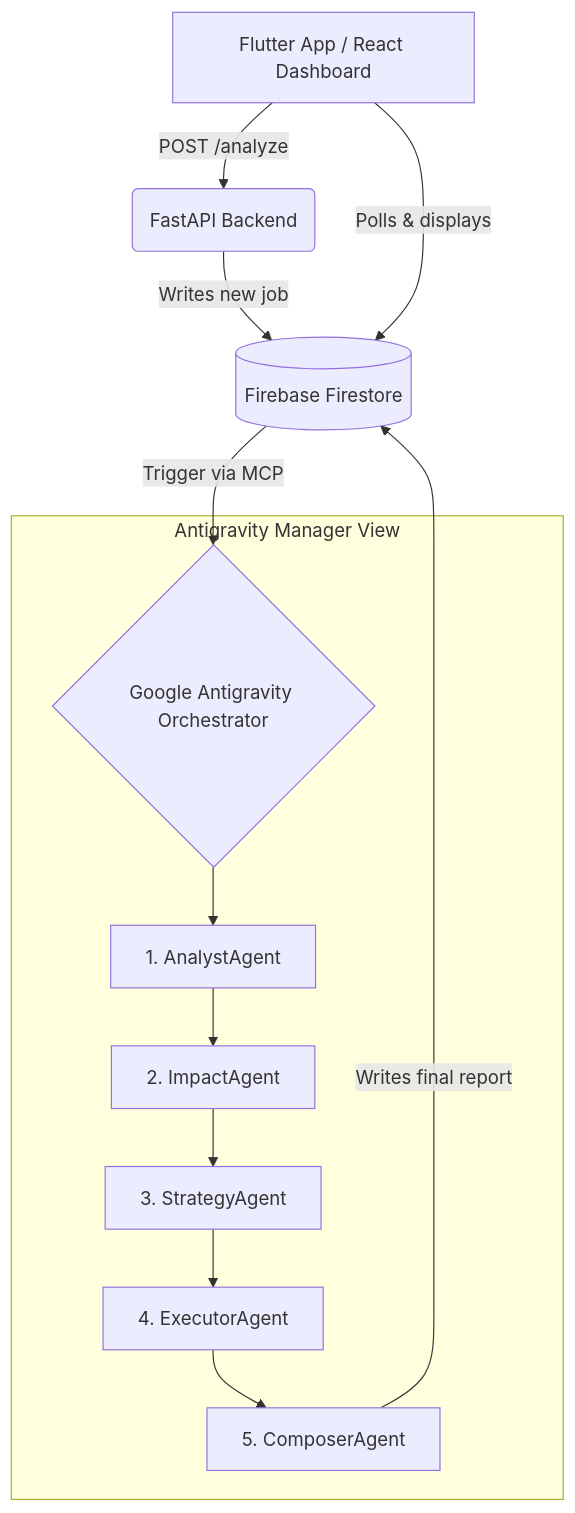
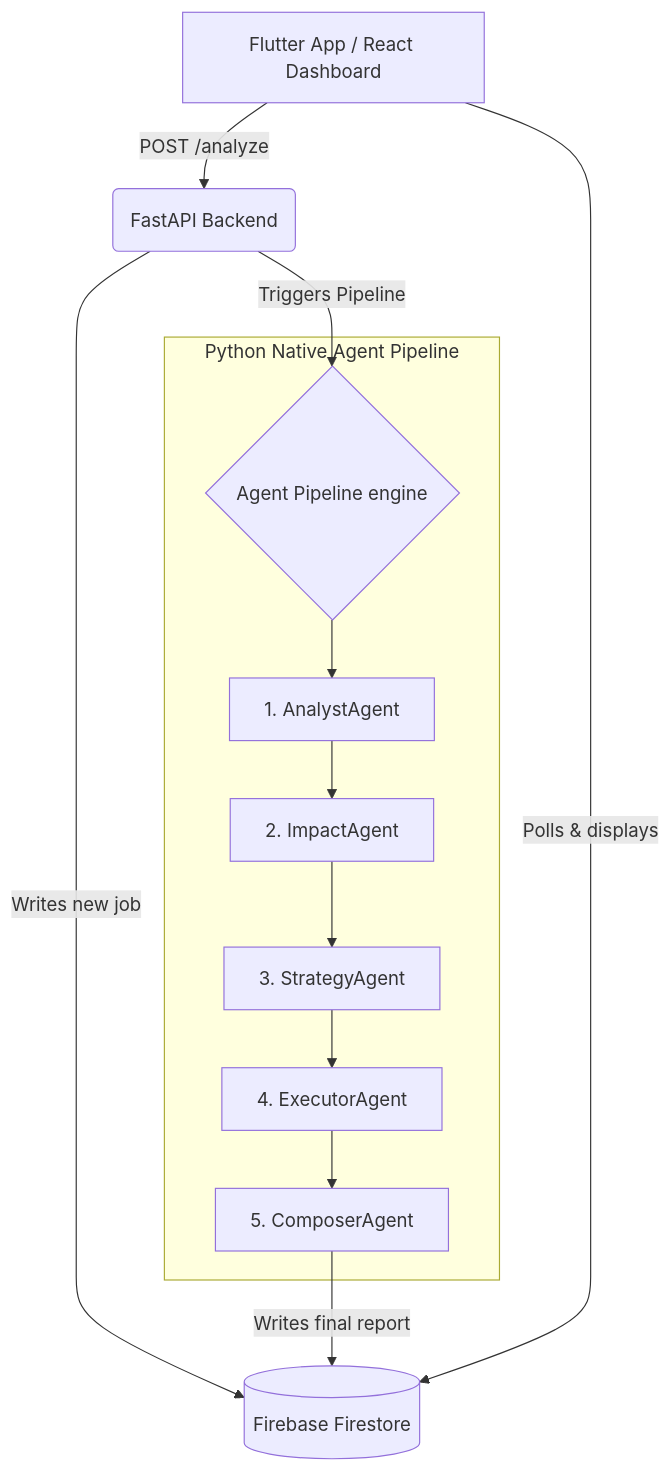
One commit to rayxxee/Axion changed the diagram in README.md. Above: the diagram before and after it, drawn with Mermaid. The commit also changed other lines of this file, not shown here.

Commit message:
docs: update README with new native pipeline architecture and refresh traces zip

````diff
--- a/README.md
+++ b/README.md
@@ -17,17 +14,17 @@
 ```mermaid
 graph TD
     A[Flutter App / React Dashboard] -->|POST /analyze| B(FastAPI Backend)
     B -->|Writes new job| C[(Firebase Firestore)]
-    C -->|Trigger via MCP| D{Google Antigravity Orchestrator}
+    B -->|Triggers Pipeline| D{Agent Pipeline engine}
     
-    subgraph Antigravity Manager View
+    subgraph Python Native Agent Pipeline
     D --> E[1. AnalystAgent]
     E --> F[2. ImpactAgent]
     F --> G[3. StrategyAgent]
     G --> H[4. ExecutorAgent]
     H --> I[5. ComposerAgent]
     end
     
     I -->|Writes final report| C
     A -->|Polls & displays| C
 ```
````
